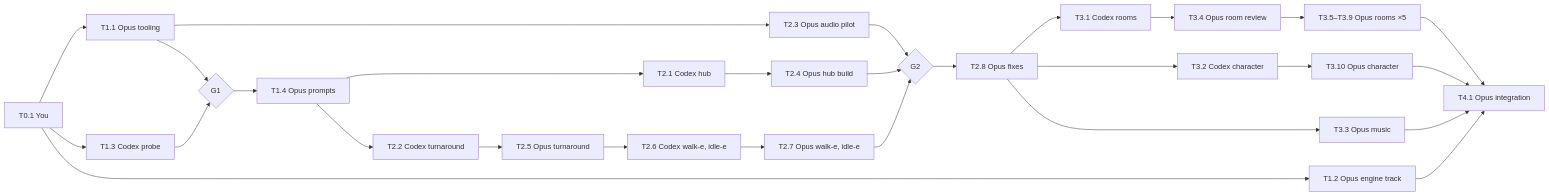
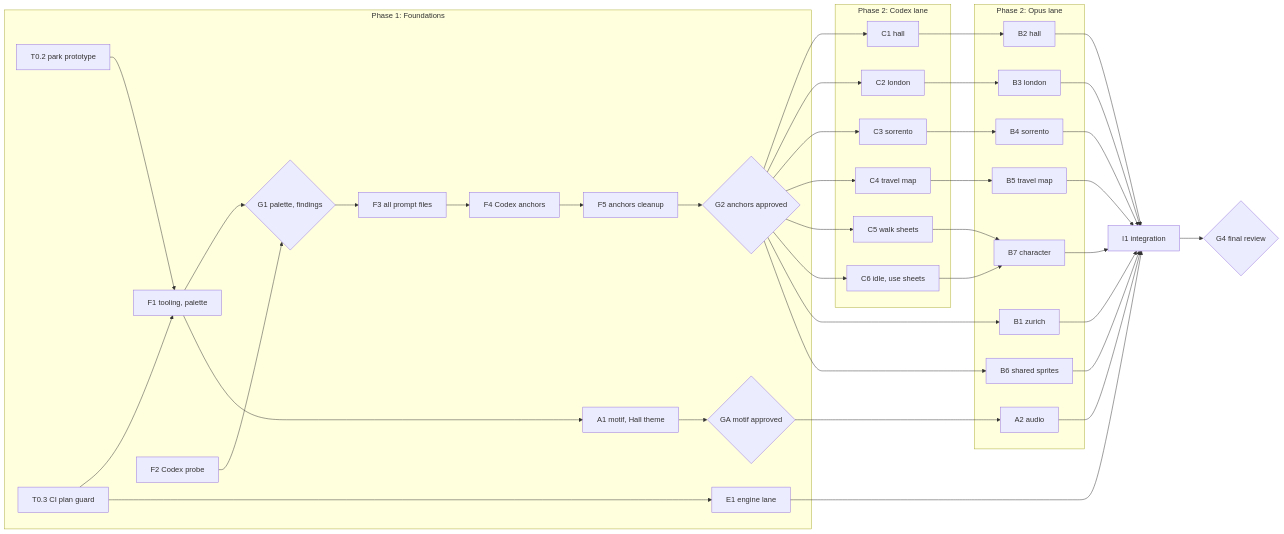
The diagram in docs/art-spec.md (floroz/retro-game-portfolio), drawn with Mermaid before and after one commit. The commit also changed other lines of this file and 1 other file, not shown here.

First line of the commit message:
docs: settle creative direction and orchestrator-ready asset plan

````diff
--- a/docs/art-spec.md
+++ b/docs/art-spec.md
@@ -397,30 +441,46 @@
 ```mermaid
 flowchart LR
-  T01[T0.1 You] --> T11[T1.1 Opus tooling]
-  T01 --> T12[T1.2 Opus engine track]
-  T01 --> T13[T1.3 Codex probe]
-  T11 --> G1{G1}
-  T13 --> G1
-  G1 --> T14[T1.4 Opus prompts]
-  T11 --> T23[T2.3 Opus audio pilot]
-  T14 --> T21[T2.1 Codex hub]
-  T14 --> T22[T2.2 Codex turnaround]
-  T21 --> T24[T2.4 Opus hub build]
-  T22 --> T25[T2.5 Opus turnaround]
-  T25 --> T26[T2.6 Codex walk-e, idle-e]
-  T26 --> T27[T2.7 Opus walk-e, idle-e]
-  T23 --> G2{G2}
-  T24 --> G2
-  T27 --> G2
-  G2 --> T28[T2.8 Opus fixes]
-  T28 --> T31[T3.1 Codex rooms]
-  T28 --> T32[T3.2 Codex character]
-  T28 --> T33[T3.3 Opus music]
-  T31 --> T34[T3.4 Opus room review]
-  T34 --> T35[T3.5–T3.9 Opus rooms ×5]
-  T32 --> T310[T3.10 Opus character]
-  T35 --> T41[T4.1 Opus integration]
-  T310 --> T41
-  T33 --> T41
-  T12 --> T41
+  subgraph P1[Phase 1: Foundations]
+    T02[T0.2 park prototype] --> F1[F1 tooling, palette]
+    T03[T0.3 CI plan guard] --> F1
+    T03 --> E1
+    F2[F2 Codex probe] --> G1{G1 palette, findings}
+    F1 --> G1
+    G1 --> F3[F3 all prompt files]
+    F3 --> F4[F4 Codex anchors]
+    F4 --> F5[F5 anchors cleanup]
+    F5 --> G2{G2 anchors approved}
+    F1 --> A1[A1 motif, Hall theme]
+    A1 --> GA{GA motif approved}
+  end
+  subgraph CX[Phase 2: Codex lane]
+    C1[C1 hall]
+    C2[C2 london]
+    C3[C3 sorrento]
+    C4[C4 travel map]
+    C5[C5 walk sheets]
+    C6[C6 idle, use sheets]
+  end
+  subgraph OP[Phase 2: Opus lane]
+    B1[B1 zurich]
+    B2[B2 hall]
+    B3[B3 london]
+    B4[B4 sorrento]
+    B5[B5 travel map]
+    B6[B6 shared sprites]
+    B7[B7 character]
+    A2[A2 audio]
+  end
+  G2 --> C1 & C2 & C3 & C4 & C5 & C6
+  G2 --> B1 & B6
+  C1 --> B2
+  C2 --> B3
+  C3 --> B4
+  C4 --> B5
+  C5 --> B7
+  C6 --> B7
+  GA --> A2
+  E1[E1 engine lane] --> I1
+  B1 & B2 & B3 & B4 & B5 & B6 & B7 & A2 --> I1[I1 integration]
+  I1 --> G4{G4 final review}
 ```
````
